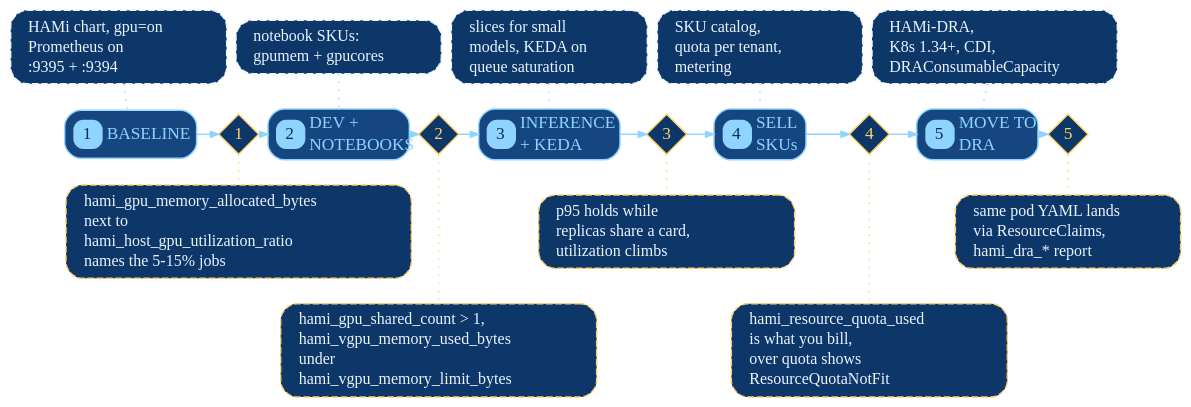
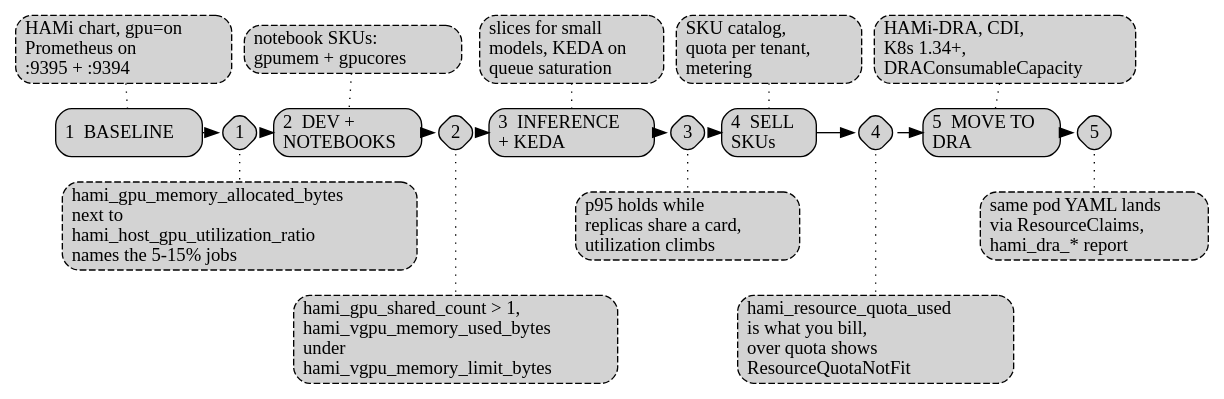
One commit to fishing-agents/talks changed the fifth of 6 diagrams in containerdays_neocloud_blueprint.md. Above: the diagram before and after it, drawn with Graphviz. The commit also changed other lines of this file and 1 other file, not shown here.

Commit message:
fix(containerdays): drop custom CSS, theme diagrams, plain DRA wording

````diff
--- a/containerdays_neocloud_blueprint.md
+++ b/containerdays_neocloud_blueprint.md
@@ -803,48 +796,45 @@
 ```dot
 digraph G {
   rankdir=TB
-  bgcolor=transparent
   newrank=true
-  nodesep=0.1
+  nodesep=0.12
   ranksep=0.26
-  fontname="Noto Sans Mono SemiCondensed"
-  node [shape=box style="rounded,filled" fillcolor="#0d3769" fontname="Noto Sans Mono SemiCondensed" fontsize=13 margin="0.05,0.02" color="#eaf4ff" fontcolor="#eaf4ff" penwidth=1.1]
-  edge [color="#8fd3ff" fontname="Noto Sans Mono SemiCondensed" fontsize=12 fontcolor="#8fd3ff" arrowsize=0.6 penwidth=1.1]
-  s1 [color="#8fd3ff" fillcolor="#15467f" label=<<TABLE BORDER="0" CELLBORDER="0" CELLSPACING="2" CELLPADDING="0"><TR><TD VALIGN="MIDDLE"><TABLE BORDER="0" CELLPADDING="0" CELLSPACING="0"><TR><TD BGCOLOR="#8fd3ff" STYLE="ROUNDED" FIXEDSIZE="TRUE" WIDTH="22" HEIGHT="22"><FONT COLOR="#0b2f5c">1</FONT></TD></TR></TABLE></TD><TD ALIGN="LEFT"><TABLE BORDER="0" CELLBORDER="0" CELLSPACING="0" CELLPADDING="1"><TR><TD ALIGN="LEFT"><FONT COLOR="#8fd3ff">BASELINE</FONT></TD></TR></TABLE></TD></TR></TABLE>>]
-  g1 [shape=diamond style=filled fillcolor="#0d3769" color="#ffd166" fontcolor="#ffd166" width=0.42 height=0.42 fixedsize=true group=c1 label="1"]
-  d1 [style="rounded,dashed,filled" color="#eaf4ff" fillcolor="#0d3769" margin="0.16,0.07" label=<<TABLE BORDER="0" CELLBORDER="0" CELLSPACING="0" CELLPADDING="1"><TR><TD ALIGN="LEFT"><FONT POINT-SIZE="12">HAMi chart, gpu=on</FONT></TD></TR><TR><TD ALIGN="LEFT"><FONT POINT-SIZE="12">Prometheus on</FONT></TD></TR><TR><TD ALIGN="LEFT"><FONT POINT-SIZE="12">:9395 + :9394</FONT></TD></TR></TABLE>>]
-  x1 [group=c1] [style="rounded,dashed,filled" color="#ffd166" fillcolor="#0d3769" margin="0.16,0.07" label=<<TABLE BORDER="0" CELLBORDER="0" CELLSPACING="0" CELLPADDING="1"><TR><TD ALIGN="LEFT"><FONT POINT-SIZE="12">hami_gpu_memory_allocated_bytes</FONT></TD></TR><TR><TD ALIGN="LEFT"><FONT POINT-SIZE="12">next to</FONT></TD></TR><TR><TD ALIGN="LEFT"><FONT POINT-SIZE="12">hami_host_gpu_utilization_ratio</FONT></TD></TR><TR><TD ALIGN="LEFT"><FONT POINT-SIZE="12">names the 5-15% jobs</FONT></TD></TR></TABLE>>]
-  s2 [color="#8fd3ff" fillcolor="#15467f" label=<<TABLE BORDER="0" CELLBORDER="0" CELLSPACING="2" CELLPADDING="0"><TR><TD VALIGN="MIDDLE"><TABLE BORDER="0" CELLPADDING="0" CELLSPACING="0"><TR><TD BGCOLOR="#8fd3ff" STYLE="ROUNDED" FIXEDSIZE="TRUE" WIDTH="22" HEIGHT="22"><FONT COLOR="#0b2f5c">2</FONT></TD></TR></TABLE></TD><TD ALIGN="LEFT"><TABLE BORDER="0" CELLBORDER="0" CELLSPACING="0" CELLPADDING="1"><TR><TD ALIGN="LEFT"><FONT COLOR="#8fd3ff">DEV +</FONT></TD></TR><TR><TD ALIGN="LEFT"><FONT COLOR="#8fd3ff">NOTEBOOKS</FONT></TD></TR></TABLE></TD></TR></TABLE>>]
-  g2 [shape=diamond style=filled fillcolor="#0d3769" color="#ffd166" fontcolor="#ffd166" width=0.42 height=0.42 fixedsize=true group=c2 label="2"]
-  d2 [style="rounded,dashed,filled" color="#eaf4ff" fillcolor="#0d3769" margin="0.16,0.07" label=<<TABLE BORDER="0" CELLBORDER="0" CELLSPACING="0" CELLPADDING="1"><TR><TD ALIGN="LEFT"><FONT POINT-SIZE="12">notebook SKUs:</FONT></TD></TR><TR><TD ALIGN="LEFT"><FONT POINT-SIZE="12">gpumem + gpucores</FONT></TD></TR></TABLE>>]
-  x2 [group=c2] [style="rounded,dashed,filled" color="#ffd166" fillcolor="#0d3769" margin="0.16,0.07" label=<<TABLE BORDER="0" CELLBORDER="0" CELLSPACING="0" CELLPADDING="1"><TR><TD ALIGN="LEFT"><FONT POINT-SIZE="12">hami_gpu_shared_count &gt; 1,</FONT></TD></TR><TR><TD ALIGN="LEFT"><FONT POINT-SIZE="12">hami_vgpu_memory_used_bytes</FONT></TD></TR><TR><TD ALIGN="LEFT"><FONT POINT-SIZE="12">under</FONT></TD></TR><TR><TD ALIGN="LEFT"><FONT POINT-SIZE="12">hami_vgpu_memory_limit_bytes</FONT></TD></TR></TABLE>>]
-  s3 [color="#8fd3ff" fillcolor="#15467f" label=<<TABLE BORDER="0" CELLBORDER="0" CELLSPACING="2" CELLPADDING="0"><TR><TD VALIGN="MIDDLE"><TABLE BORDER="0" CELLPADDING="0" CELLSPACING="0"><TR><TD BGCOLOR="#8fd3ff" STYLE="ROUNDED" FIXEDSIZE="TRUE" WIDTH="22" HEIGHT="22"><FONT COLOR="#0b2f5c">3</FONT></TD></TR></TABLE></TD><TD ALIGN="LEFT"><TABLE BORDER="0" CELLBORDER="0" CELLSPACING="0" CELLPADDING="1"><TR><TD ALIGN="LEFT"><FONT COLOR="#8fd3ff">INFERENCE</FONT></TD></TR><TR><TD ALIGN="LEFT"><FONT COLOR="#8fd3ff">+ KEDA</FONT></TD></TR></TABLE></TD></TR></TABLE>>]
-  g3 [shape=diamond style=filled fillcolor="#0d3769" color="#ffd166" fontcolor="#ffd166" width=0.42 height=0.42 fixedsize=true group=c3 label="3"]
-  d3 [style="rounded,dashed,filled" color="#eaf4ff" fillcolor="#0d3769" margin="0.16,0.07" label=<<TABLE BORDER="0" CELLBORDER="0" CELLSPACING="0" CELLPADDING="1"><TR><TD ALIGN="LEFT"><FONT POINT-SIZE="12">slices for small</FONT></TD></TR><TR><TD ALIGN="LEFT"><FONT POINT-SIZE="12">models, KEDA on</FONT></TD></TR><TR><TD ALIGN="LEFT"><FONT POINT-SIZE="12">queue saturation</FONT></TD></TR></TABLE>>]
-  x3 [group=c3] [style="rounded,dashed,filled" color="#ffd166" fillcolor="#0d3769" margin="0.16,0.07" label=<<TABLE BORDER="0" CELLBORDER="0" CELLSPACING="0" CELLPADDING="1"><TR><TD ALIGN="LEFT"><FONT POINT-SIZE="12">p95 holds while</FONT></TD></TR><TR><TD ALIGN="LEFT"><FONT POINT-SIZE="12">replicas share a card,</FONT></TD></TR><TR><TD ALIGN="LEFT"><FONT POINT-SIZE="12">utilization climbs</FONT></TD></TR></TABLE>>]
-  s4 [color="#8fd3ff" fillcolor="#15467f" label=<<TABLE BORDER="0" CELLBORDER="0" CELLSPACING="2" CELLPADDING="0"><TR><TD VALIGN="MIDDLE"><TABLE BORDER="0" CELLPADDING="0" CELLSPACING="0"><TR><TD BGCOLOR="#8fd3ff" STYLE="ROUNDED" FIXEDSIZE="TRUE" WIDTH="22" HEIGHT="22"><FONT COLOR="#0b2f5c">4</FONT></TD></TR></TABLE></TD><TD ALIGN="LEFT"><TABLE BORDER="0" CELLBORDER="0" CELLSPACING="0" CELLPADDING="1"><TR><TD ALIGN="LEFT"><FONT COLOR="#8fd3ff">SELL</FONT></TD></TR><TR><TD ALIGN="LEFT"><FONT COLOR="#8fd3ff">SKUs</FONT></TD></TR></TABLE></TD></TR></TABLE>>]
-  g4 [shape=diamond style=filled fillcolor="#0d3769" color="#ffd166" fontcolor="#ffd166" width=0.42 height=0.42 fixedsize=true group=c4 label="4"]
-  d4 [style="rounded,dashed,filled" color="#eaf4ff" fillcolor="#0d3769" margin="0.16,0.07" label=<<TABLE BORDER="0" CELLBORDER="0" CELLSPACING="0" CELLPADDING="1"><TR><TD ALIGN="LEFT"><FONT POINT-SIZE="12">SKU catalog,</FONT></TD></TR><TR><TD ALIGN="LEFT"><FONT POINT-SIZE="12">quota per tenant,</FONT></TD></TR><TR><TD ALIGN="LEFT"><FONT POINT-SIZE="12">metering</FONT></TD></TR></TABLE>>]
-  x4 [group=c4] [style="rounded,dashed,filled" color="#ffd166" fillcolor="#0d3769" margin="0.16,0.07" label=<<TABLE BORDER="0" CELLBORDER="0" CELLSPACING="0" CELLPADDING="1"><TR><TD ALIGN="LEFT"><FONT POINT-SIZE="12">hami_resource_quota_used</FONT></TD></TR><TR><TD ALIGN="LEFT"><FONT POINT-SIZE="12">is what you bill,</FONT></TD></TR><TR><TD ALIGN="LEFT"><FONT POINT-SIZE="12">over quota shows</FONT></TD></TR><TR><TD ALIGN="LEFT"><FONT POINT-SIZE="12">ResourceQuotaNotFit</FONT></TD></TR></TABLE>>]
-  s5 [color="#8fd3ff" fillcolor="#15467f" label=<<TABLE BORDER="0" CELLBORDER="0" CELLSPACING="2" CELLPADDING="0"><TR><TD VALIGN="MIDDLE"><TABLE BORDER="0" CELLPADDING="0" CELLSPACING="0"><TR><TD BGCOLOR="#8fd3ff" STYLE="ROUNDED" FIXEDSIZE="TRUE" WIDTH="22" HEIGHT="22"><FONT COLOR="#0b2f5c">5</FONT></TD></TR></TABLE></TD><TD ALIGN="LEFT"><TABLE BORDER="0" CELLBORDER="0" CELLSPACING="0" CELLPADDING="1"><TR><TD ALIGN="LEFT"><FONT COLOR="#8fd3ff">MOVE TO</FONT></TD></TR><TR><TD ALIGN="LEFT"><FONT COLOR="#8fd3ff">DRA</FONT></TD></TR></TABLE></TD></TR></TABLE>>]
-  g5 [shape=diamond style=filled fillcolor="#0d3769" color="#ffd166" fontcolor="#ffd166" width=0.42 height=0.42 fixedsize=true group=c5 label="5"]
-  d5 [style="rounded,dashed,filled" color="#eaf4ff" fillcolor="#0d3769" margin="0.16,0.07" label=<<TABLE BORDER="0" CELLBORDER="0" CELLSPACING="0" CELLPADDING="1"><TR><TD ALIGN="LEFT"><FONT POINT-SIZE="12">HAMi-DRA,</FONT></TD></TR><TR><TD ALIGN="LEFT"><FONT POINT-SIZE="12">K8s 1.34+, CDI,</FONT></TD></TR><TR><TD ALIGN="LEFT"><FONT POINT-SIZE="12">DRAConsumableCapacity</FONT></TD></TR></TABLE>>]
-  x5 [group=c5] [style="rounded,dashed,filled" color="#ffd166" fillcolor="#0d3769" margin="0.16,0.07" label=<<TABLE BORDER="0" CELLBORDER="0" CELLSPACING="0" CELLPADDING="1"><TR><TD ALIGN="LEFT"><FONT POINT-SIZE="12">same pod YAML lands</FONT></TD></TR><TR><TD ALIGN="LEFT"><FONT POINT-SIZE="12">via ResourceClaims,</FONT></TD></TR><TR><TD ALIGN="LEFT"><FONT POINT-SIZE="12">hami_dra_* report</FONT></TD></TR></TABLE>>]
+  node [shape=box style="rounded,filled" margin="0.1,0.04"]
+  s1 [label="1  BASELINE\l"]
+  g1 [shape=diamond width=0.45 height=0.45 fixedsize=true group=c1 label="1"]
+  d1 [label="HAMi chart, gpu=on\lPrometheus on\l:9395 + :9394\l" style="rounded,filled,dashed"]
+  x1 [group=c1 label="hami_gpu_memory_allocated_bytes\lnext to\lhami_host_gpu_utilization_ratio\lnames the 5-15% jobs\l" style="rounded,filled,dashed"]
+  s2 [label="2  DEV +\lNOTEBOOKS\l"]
+  g2 [shape=diamond width=0.45 height=0.45 fixedsize=true group=c2 label="2"]
+  d2 [label="notebook SKUs:\lgpumem + gpucores\l" style="rounded,filled,dashed"]
+  x2 [group=c2 label="hami_gpu_shared_count > 1,\lhami_vgpu_memory_used_bytes\lunder\lhami_vgpu_memory_limit_bytes\l" style="rounded,filled,dashed"]
+  s3 [label="3  INFERENCE\l+ KEDA\l"]
+  g3 [shape=diamond width=0.45 height=0.45 fixedsize=true group=c3 label="3"]
+  d3 [label="slices for small\lmodels, KEDA on\lqueue saturation\l" style="rounded,filled,dashed"]
+  x3 [group=c3 label="p95 holds while\lreplicas share a card,\lutilization climbs\l" style="rounded,filled,dashed"]
+  s4 [label="4  SELL\lSKUs\l"]
+  g4 [shape=diamond width=0.45 height=0.45 fixedsize=true group=c4 label="4"]
+  d4 [label="SKU catalog,\lquota per tenant,\lmetering\l" style="rounded,filled,dashed"]
+  x4 [group=c4 label="hami_resource_quota_used\lis what you bill,\lover quota shows\lResourceQuotaNotFit\l" style="rounded,filled,dashed"]
+  s5 [label="5  MOVE TO\lDRA\l"]
+  g5 [shape=diamond width=0.45 height=0.45 fixedsize=true group=c5 label="5"]
+  d5 [label="HAMi-DRA, CDI,\lK8s 1.34+,\lDRAConsumableCapacity\l" style="rounded,filled,dashed"]
+  x5 [group=c5 label="same pod YAML lands\lvia ResourceClaims,\lhami_dra_* report\l" style="rounded,filled,dashed"]
   {rank=same; s1; g1; s2; g2; s3; g3; s4; g4; s5; g5}
   {rank=same; d1; d2; d3; d4; d5}
   {rank=same; x1; x3; x5}
   {rank=same; x2; x4}
   x1 -> x2 [style=invis]
   s1 -> g1 -> s2 -> g2 -> s3 -> g3 -> s4 -> g4 -> s5 -> g5
   d1 -> s1 [style=dotted arrowhead=none]
-  g1 -> x1 [style=dotted arrowhead=none color="#ffd166"]
+  g1 -> x1 [style=dotted arrowhead=none]
   d2 -> s2 [style=dotted arrowhead=none]
-  g2 -> x2 [style=dotted arrowhead=none color="#ffd166"]
+  g2 -> x2 [style=dotted arrowhead=none]
   d3 -> s3 [style=dotted arrowhead=none]
-  g3 -> x3 [style=dotted arrowhead=none color="#ffd166"]
+  g3 -> x3 [style=dotted arrowhead=none]
   d4 -> s4 [style=dotted arrowhead=none]
-  g4 -> x4 [style=dotted arrowhead=none color="#ffd166"]
+  g4 -> x4 [style=dotted arrowhead=none]
   d5 -> s5 [style=dotted arrowhead=none]
-  g5 -> x5 [style=dotted arrowhead=none color="#ffd166"]
+  g5 -> x5 [style=dotted arrowhead=none]
 }
 ```
````
